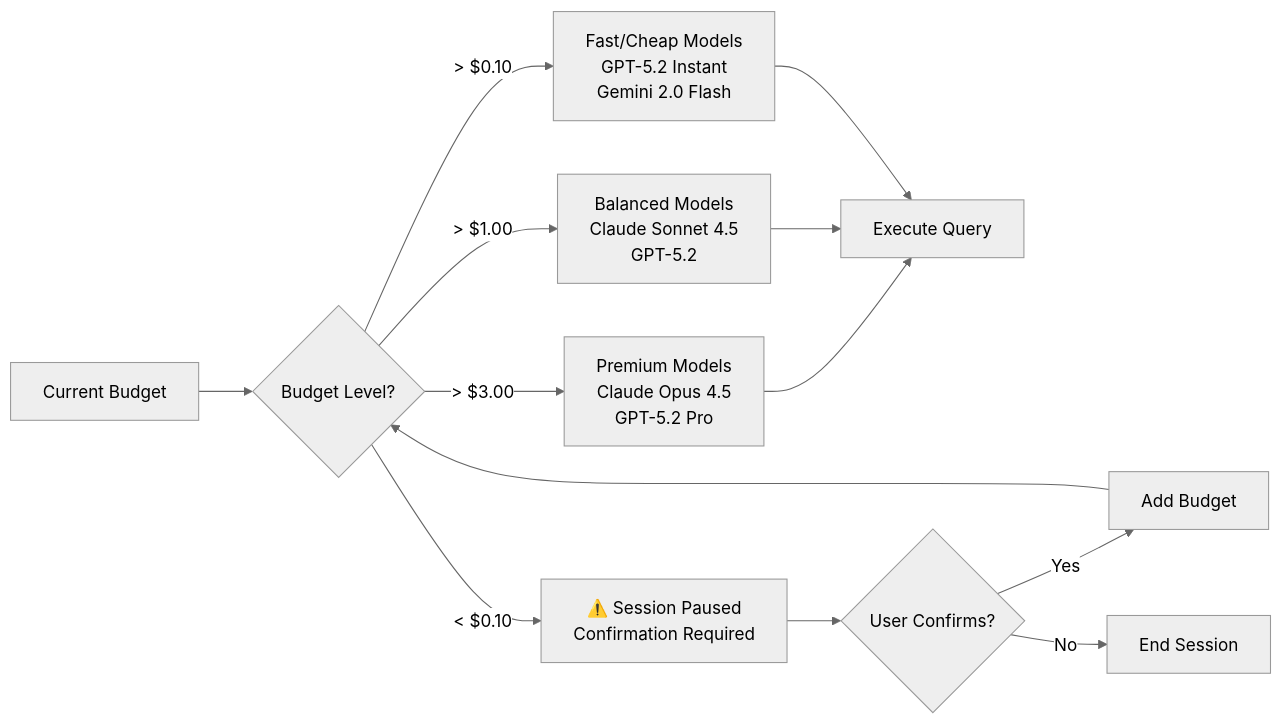
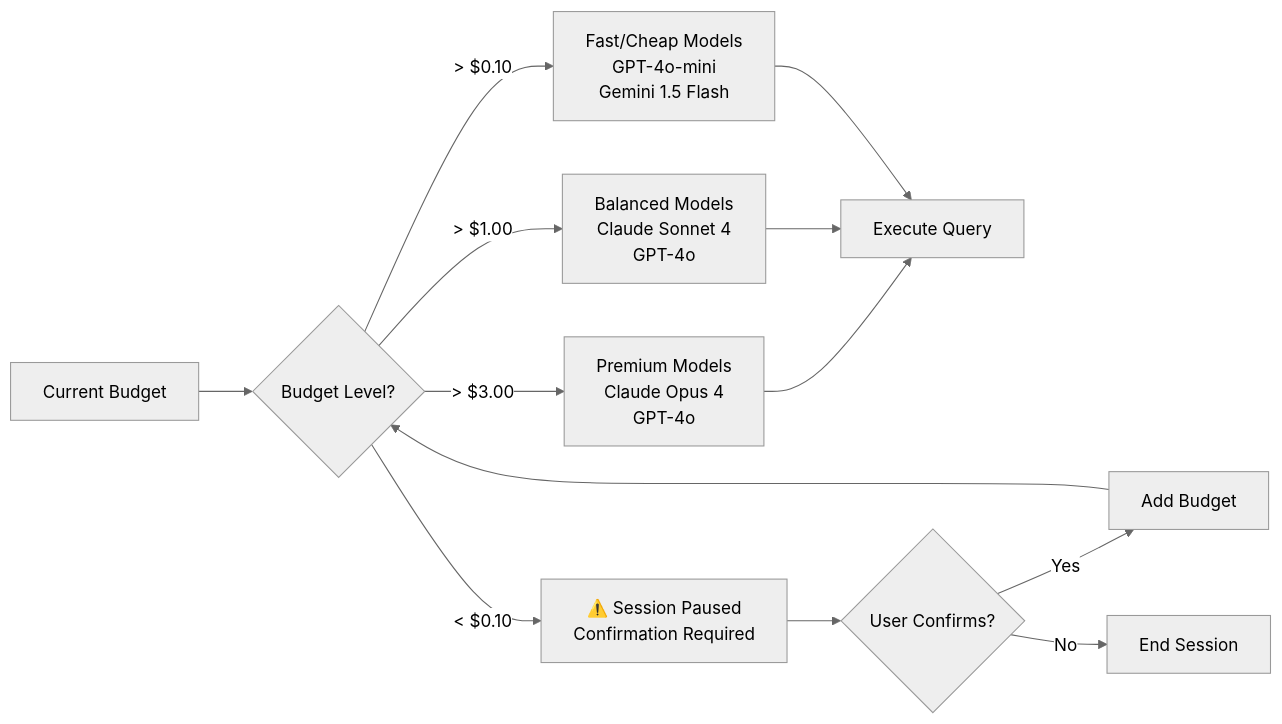
The third of 4 diagrams in README.md (Roberdan/convergio-cli), drawn with Mermaid (neutral theme) before and after one commit. The commit also changed other lines of this file and 13 other files, not shown here.

````diff
--- a/README.md
+++ b/README.md
@@ -459,17 +459,17 @@
 ```mermaid
 flowchart LR
     Budget["Current Budget"] --> Check{Budget Level?}
 
-    Check -->|"> $3.00"| Premium["Premium Models<br/>Claude Opus 4.5<br/>GPT-5.2 Pro"]
-    Check -->|"> $1.00"| Balanced["Balanced Models<br/>Claude Sonnet 4.5<br/>GPT-5.2"]
-    Check -->|"> $0.10"| Fast["Fast/Cheap Models<br/>GPT-5.2 Instant<br/>Gemini 2.0 Flash"]
+    Check -->|"> $3.00"| Premium["Premium Models<br/>Claude Opus 4<br/>GPT-4o"]
+    Check -->|"> $1.00"| Balanced["Balanced Models<br/>Claude Sonnet 4<br/>GPT-4o"]
+    Check -->|"> $0.10"| Fast["Fast/Cheap Models<br/>GPT-4o-mini<br/>Gemini 1.5 Flash"]
     Check -->|"< $0.10"| Pause["⚠️ Session Paused<br/>Confirmation Required"]
 
     Premium --> Execute["Execute Query"]
     Balanced --> Execute
     Fast --> Execute
     Pause --> Confirm{"User Confirms?"}
     Confirm -->|Yes| AddBudget["Add Budget"]
     Confirm -->|No| End["End Session"]
     AddBudget --> Check
 ```
````
